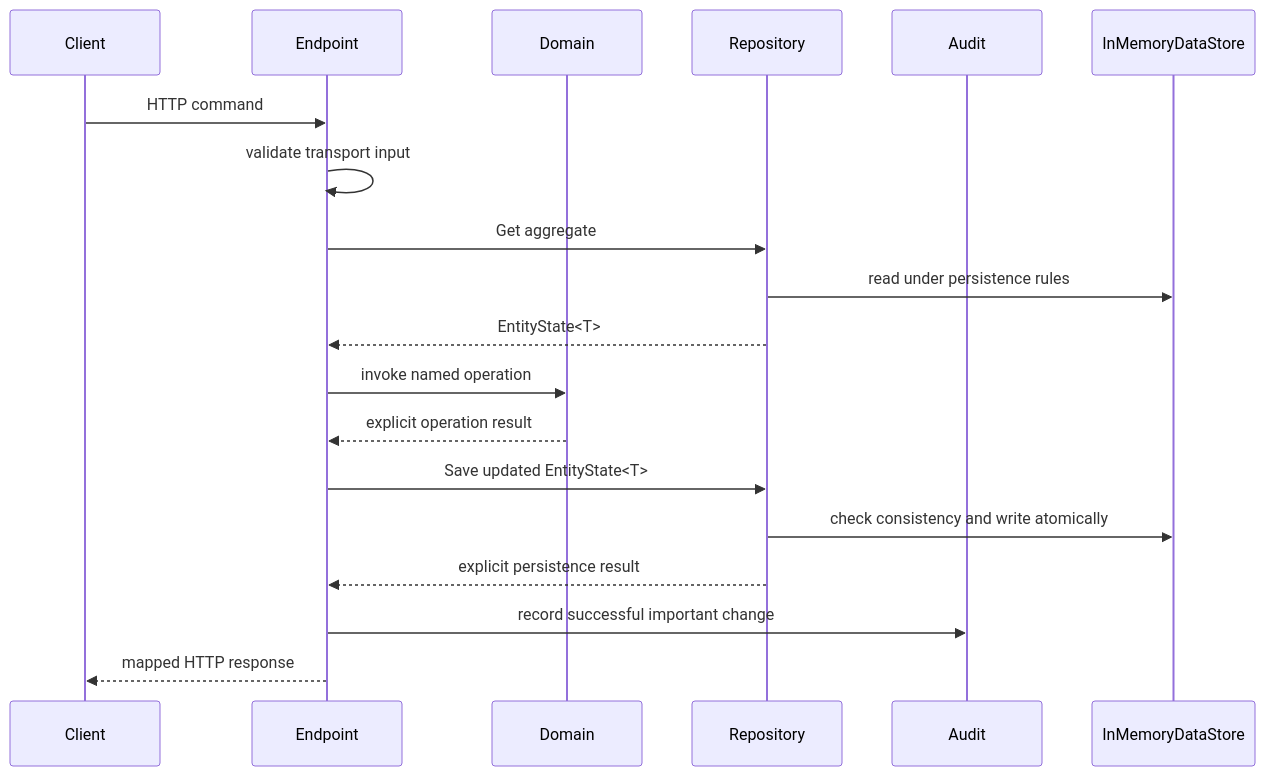
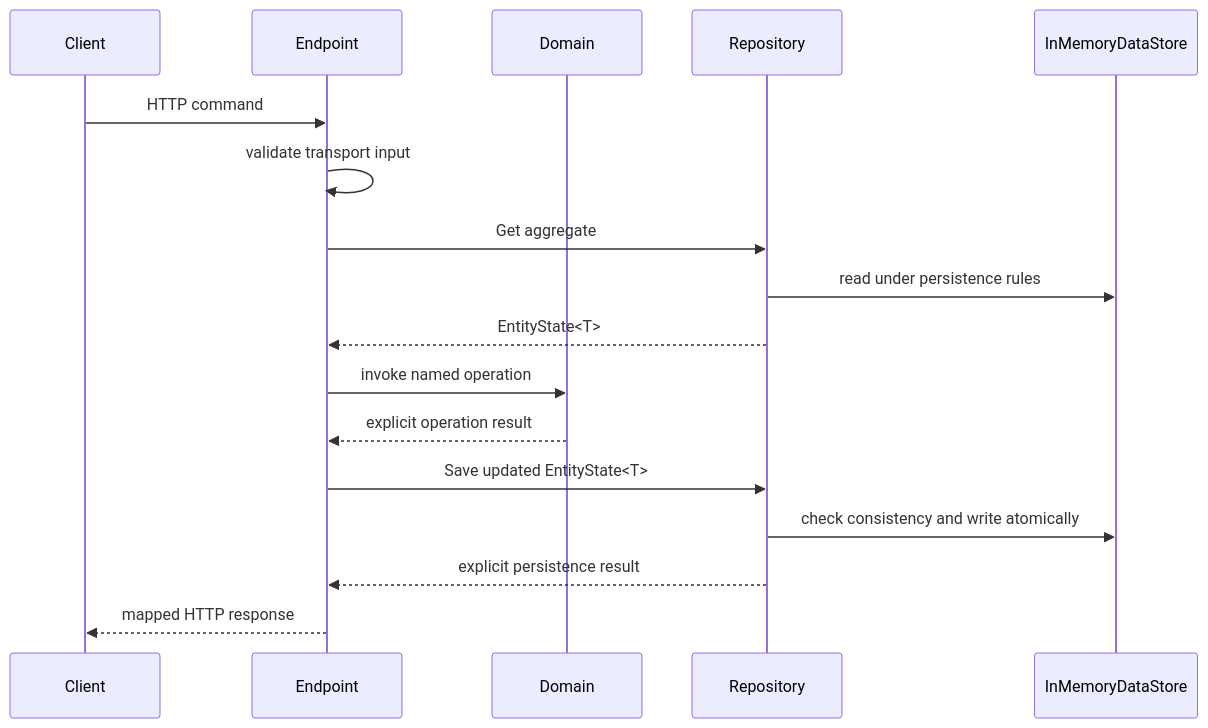
One commit to kierondye/BudgetyTzar changed the fourth of 5 diagrams in docs/architecture.md. Above: the diagram before and after it, drawn with Mermaid. The commit also changed other lines of this file and 11 other files, not shown here.

````diff
--- a/docs/architecture.md
+++ b/docs/architecture.md
@@ -147,22 +148,20 @@
 ```mermaid
 sequenceDiagram
     participant Client
     participant Endpoint
     participant Domain
     participant Repository
-    participant Audit
     participant Store as InMemoryDataStore
 
     Client->>Endpoint: HTTP command
     Endpoint->>Endpoint: validate transport input
     Endpoint->>Repository: Get aggregate
     Repository->>Store: read under persistence rules
     Repository-->>Endpoint: EntityState<T>
     Endpoint->>Domain: invoke named operation
     Domain-->>Endpoint: explicit operation result
     Endpoint->>Repository: Save updated EntityState<T>
     Repository->>Store: check consistency and write atomically
     Repository-->>Endpoint: explicit persistence result
-    Endpoint->>Audit: record successful important change
     Endpoint-->>Client: mapped HTTP response
 ```
````
